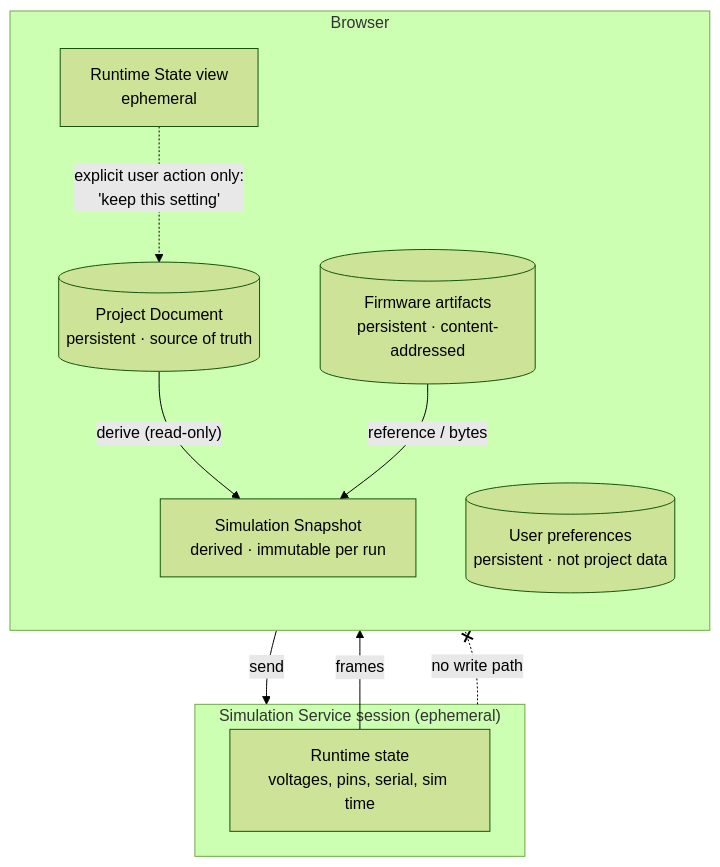
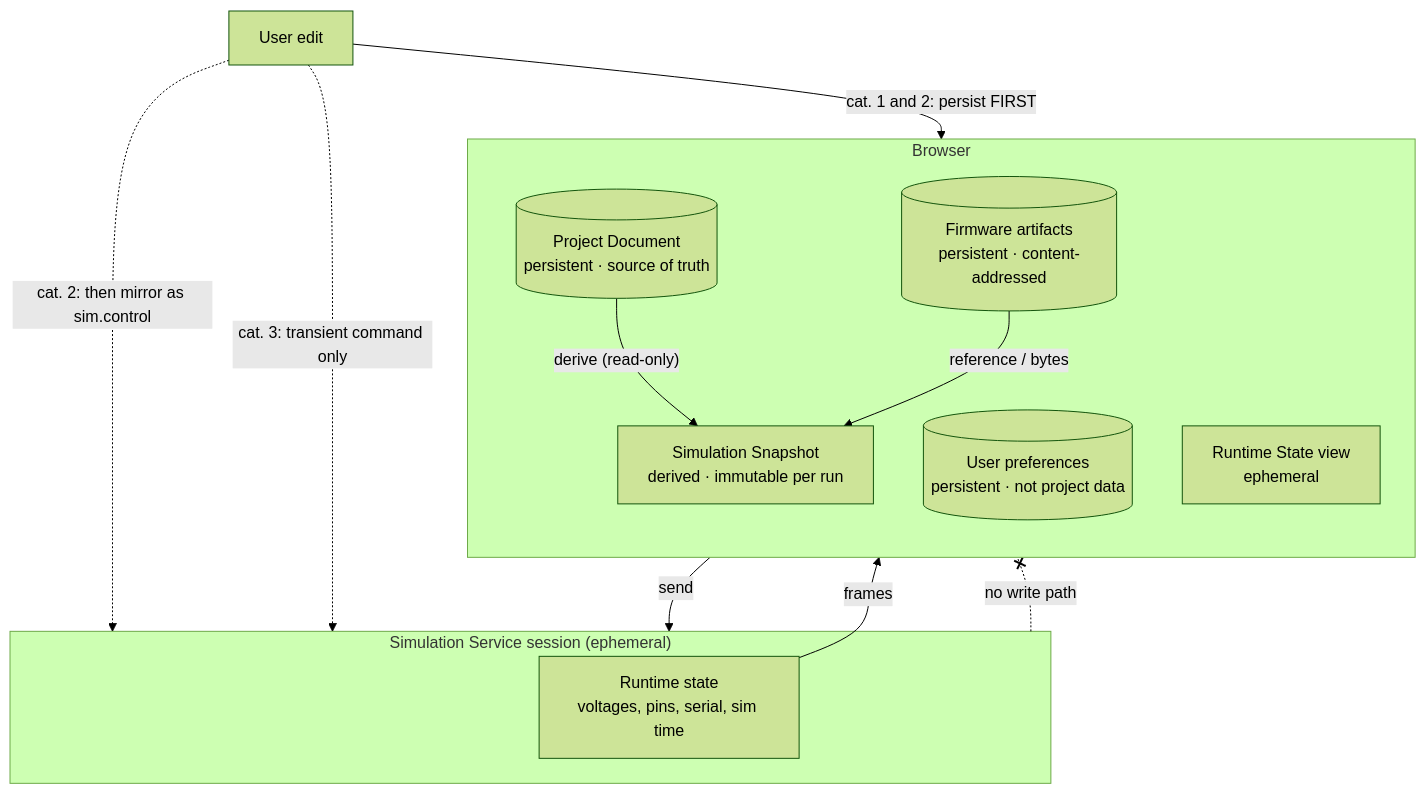
One commit to ohad2606/tbi-lab changed the second of 6 diagrams in docs/architecture/V1-ARCHITECTURE.md. Above: the diagram before and after it, drawn with Mermaid (forest theme). The commit also changed other lines of this file and 17 other files, not shown here.

First line of the commit message:
docs(sprint-1): architecture closure — deterministic closed loop, timing fidelity, resources

````diff
--- a/docs/architecture/V1-ARCHITECTURE.md
+++ b/docs/architecture/V1-ARCHITECTURE.md
@@ -175,20 +186,22 @@
 ```mermaid
 flowchart TB
   subgraph Browser
     direction TB
     PD[(Project Document<br/>persistent · source of truth)]
     FW[(Firmware artifacts<br/>persistent · content-addressed)]
     PREF[(User preferences<br/>persistent · not project data)]
     SNAP[Simulation Snapshot<br/>derived · immutable per run]
     RS[Runtime State view<br/>ephemeral]
     PD -- "derive (read-only)" --> SNAP
     FW -- "reference / bytes" --> SNAP
   end
   subgraph Session["Simulation Service session (ephemeral)"]
     RTS[Runtime state<br/>voltages, pins, serial, sim time]
   end
   SNAP -- "send" --> Session
   RTS -- "frames" --> RS
-  RS -. "explicit user action only:<br/>'keep this setting'" .-> PD
+  UI2[User edit] -- "cat. 1 and 2: persist FIRST" --> PD
+  UI2 -. "cat. 2: then mirror as sim.control" .-> Session
+  UI2 -. "cat. 3: transient command only" .-> Session
   Session -. "no write path" .-x PD
 ```
````
